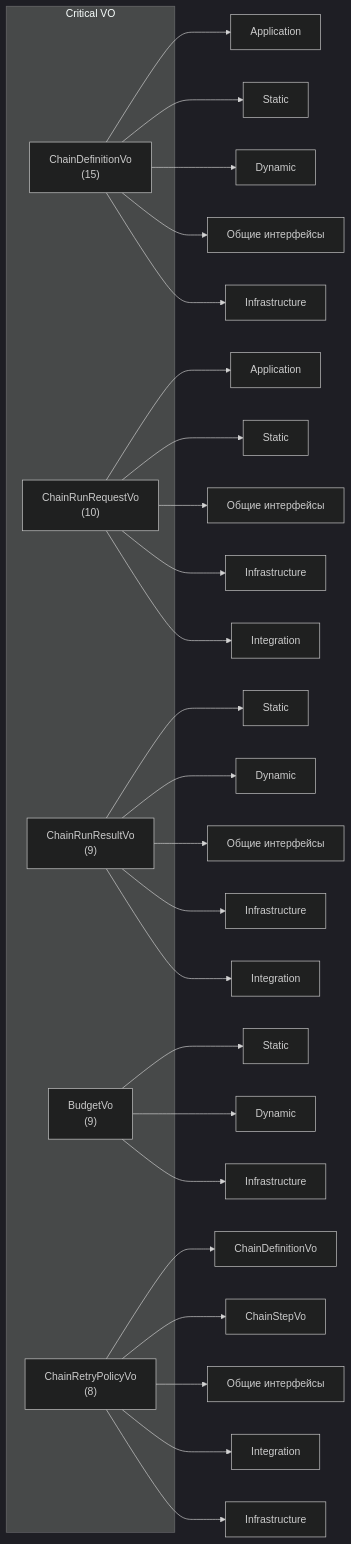
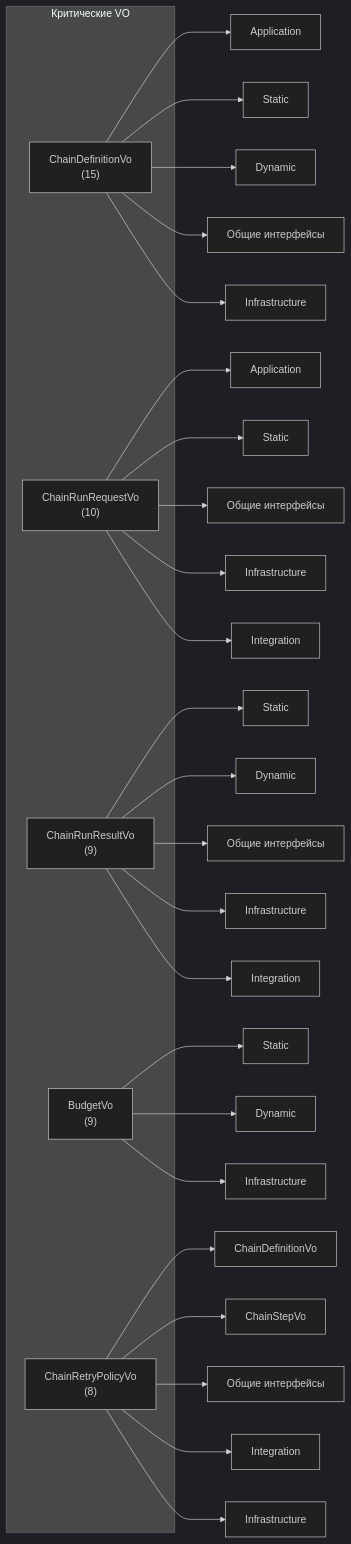
The second of 2 diagrams in docs/releases/domain-inventory-orchestrator.md (prikotov/task-orchestrator), drawn with Mermaid (dark theme) before and after one commit. The commit also changed other lines of this file and 40 other files, not shown here.

````diff
--- a/docs/releases/domain-inventory-orchestrator.md
+++ b/docs/releases/domain-inventory-orchestrator.md
@@ -362,38 +362,38 @@
 ```mermaid
 graph LR
-    subgraph Critical VO
+    subgraph "Критические VO"
         CD["ChainDefinitionVo<br/>(15)"]
         CRQ["ChainRunRequestVo<br/>(10)"]
         CRR["ChainRunResultVo<br/>(9)"]
         BV["BudgetVo<br/>(9)"]
         CRP["ChainRetryPolicyVo<br/>(8)"]
     end
 
     CD --> APP1["Application"]
-    CD --> STATIC1["Static"]
-    CD --> DYNAMIC1["Dynamic"]
+    CD --> СТАТИЧЕСКИЙ1["Static"]
+    CD --> ДИНАМИЧЕСКИЙ1["Dynamic"]
     CD --> X1["Общие интерфейсы"]
     CD --> INFRA1["Infrastructure"]
 
     CRQ --> APP2["Application"]
-    CRQ --> STATIC2["Static"]
+    CRQ --> СТАТИЧЕСКИЙ2["Static"]
     CRQ --> X2["Общие интерфейсы"]
     CRQ --> INFRA2["Infrastructure"]
     CRQ --> INT2["Integration"]
 
-    CRR --> STATIC3["Static"]
-    CRR --> DYNAMIC3["Dynamic"]
+    CRR --> СТАТИЧЕСКИЙ3["Static"]
+    CRR --> ДИНАМИЧЕСКИЙ3["Dynamic"]
     CRR --> X3["Общие интерфейсы"]
     CRR --> INFRA3["Infrastructure"]
     CRR --> INT3["Integration"]
 
-    BV --> STATIC4["Static"]
-    BV --> DYNAMIC4["Dynamic"]
+    BV --> СТАТИЧЕСКИЙ4["Static"]
+    BV --> ДИНАМИЧЕСКИЙ4["Dynamic"]
     BV --> INFRA4["Infrastructure"]
 
     CRP --> VO4["ChainDefinitionVo"]
     CRP --> VO5["ChainStepVo"]
     CRP --> X4["Общие интерфейсы"]
     CRP --> INT4["Integration"]
     CRP --> INFRA5["Infrastructure"]
 ```
````
